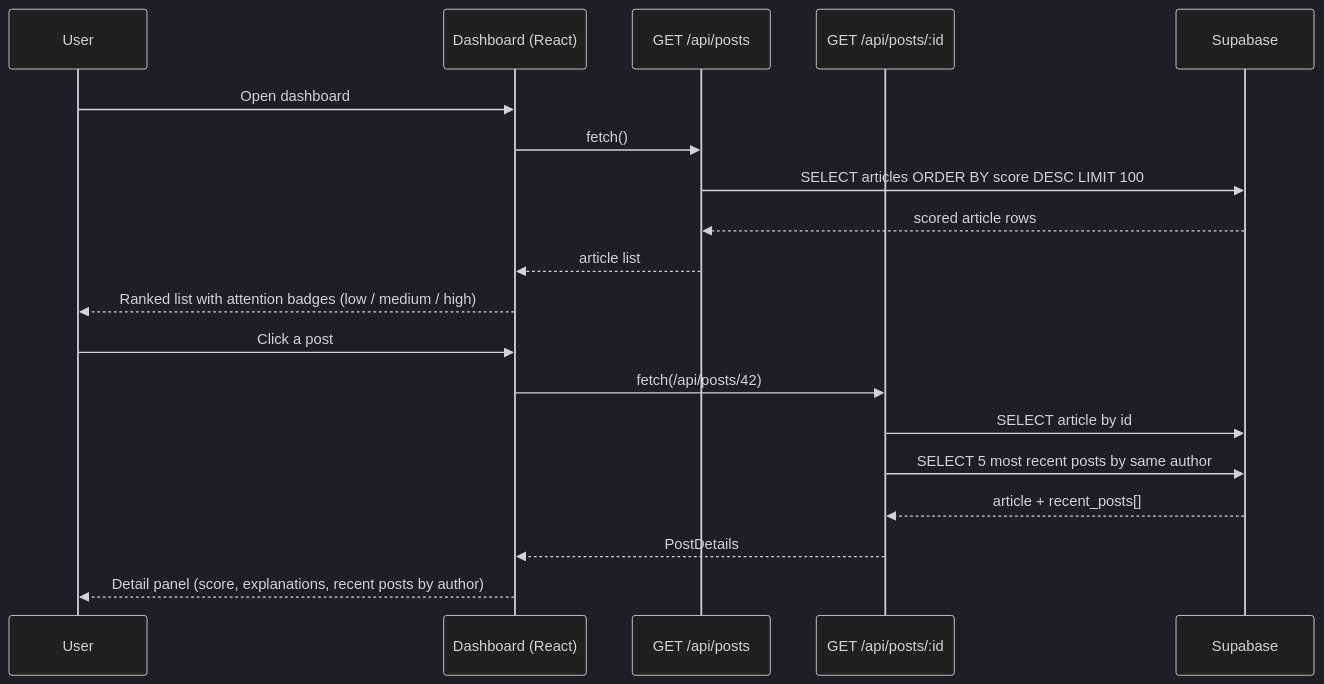
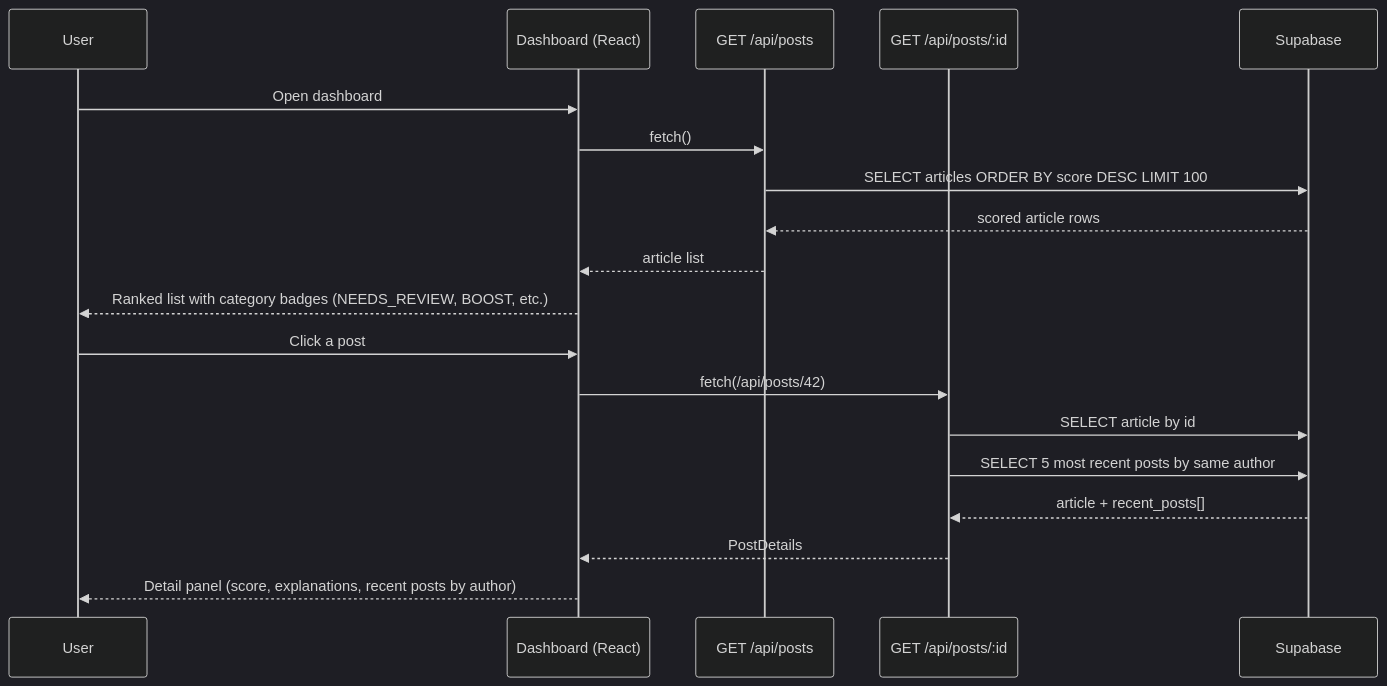
The third of 3 diagrams in README.md (ChecKMarKDevTools/forem-community-dashboard), drawn with Mermaid (dark theme) before and after one commit. The commit also changed other lines of this file, not shown here.

````diff
--- a/README.md
+++ b/README.md
@@ -69,23 +71,23 @@
 ```mermaid
 sequenceDiagram
   participant U as User
   participant D as Dashboard (React)
   participant Posts as GET /api/posts
   participant Detail as GET /api/posts/:id
   participant SB as Supabase
 
   U->>D: Open dashboard
   D->>Posts: fetch()
   Posts->>SB: SELECT articles ORDER BY score DESC LIMIT 100
   SB-->>Posts: scored article rows
   Posts-->>D: article list
-  D-->>U: Ranked list with attention badges (low / medium / high)
+  D-->>U: Ranked list with category badges (NEEDS_REVIEW, BOOST, etc.)
 
   U->>D: Click a post
   D->>Detail: fetch(/api/posts/42)
   Detail->>SB: SELECT article by id
   Detail->>SB: SELECT 5 most recent posts by same author
   SB-->>Detail: article + recent_posts[]
   Detail-->>D: PostDetails
   D-->>U: Detail panel (score, explanations, recent posts by author)
 ```
````
